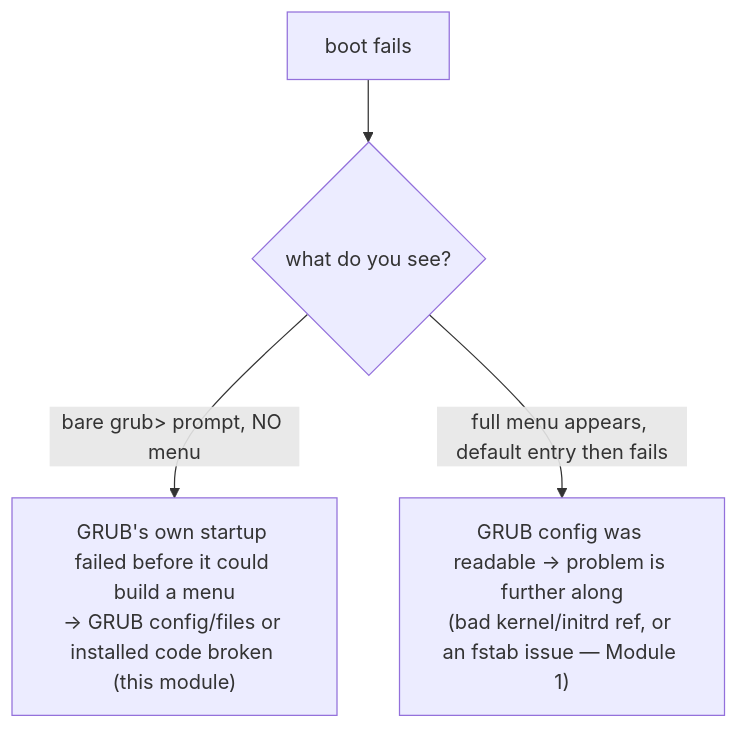
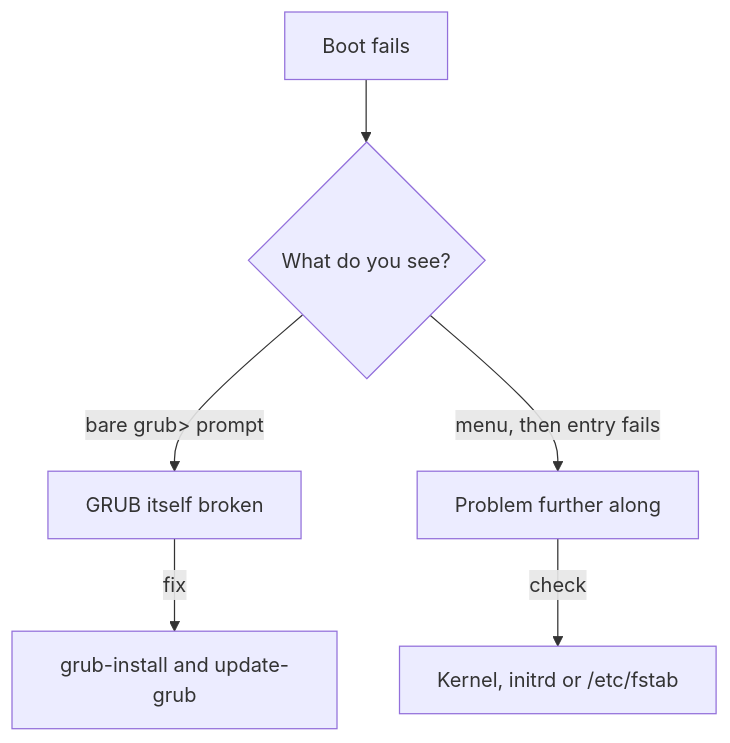
The diagram in sections/section-080/module-04/course-01-two-repairs-and-the-symptom.md (astrona-io/ATS002), drawn with Mermaid before and after one commit. The commit also changed other lines of this file and 615 other files, not shown here.

````diff
--- a/sections/section-080/module-04/course-01-two-repairs-and-the-symptom.md
+++ b/sections/section-080/module-04/course-01-two-repairs-and-the-symptom.md
@@ -29,6 +31,8 @@
 ```mermaid
 flowchart TD
-    S["boot fails"] --> Q{"what do you see?"}
-    Q -->|bare grub> prompt, NO menu| A["GRUB's own startup failed before it could build a menu<br/>→ GRUB config/files or installed code broken (this module)"]
-    Q -->|full menu appears, default entry then fails| B["GRUB config was readable → problem is further along<br/>(bad kernel/initrd ref, or an fstab issue — Module 1)"]
+    S["Boot fails"] --> Q{"What do you see?"}
+    Q -->|"bare grub> prompt"| A["GRUB itself broken"]
+    Q -->|"menu, then entry fails"| B["Problem further along"]
+    A -->|"fix"| G["grub-install and update-grub"]
+    B -->|"check"| K["Kernel, initrd or /etc/fstab"]
 ```
````
